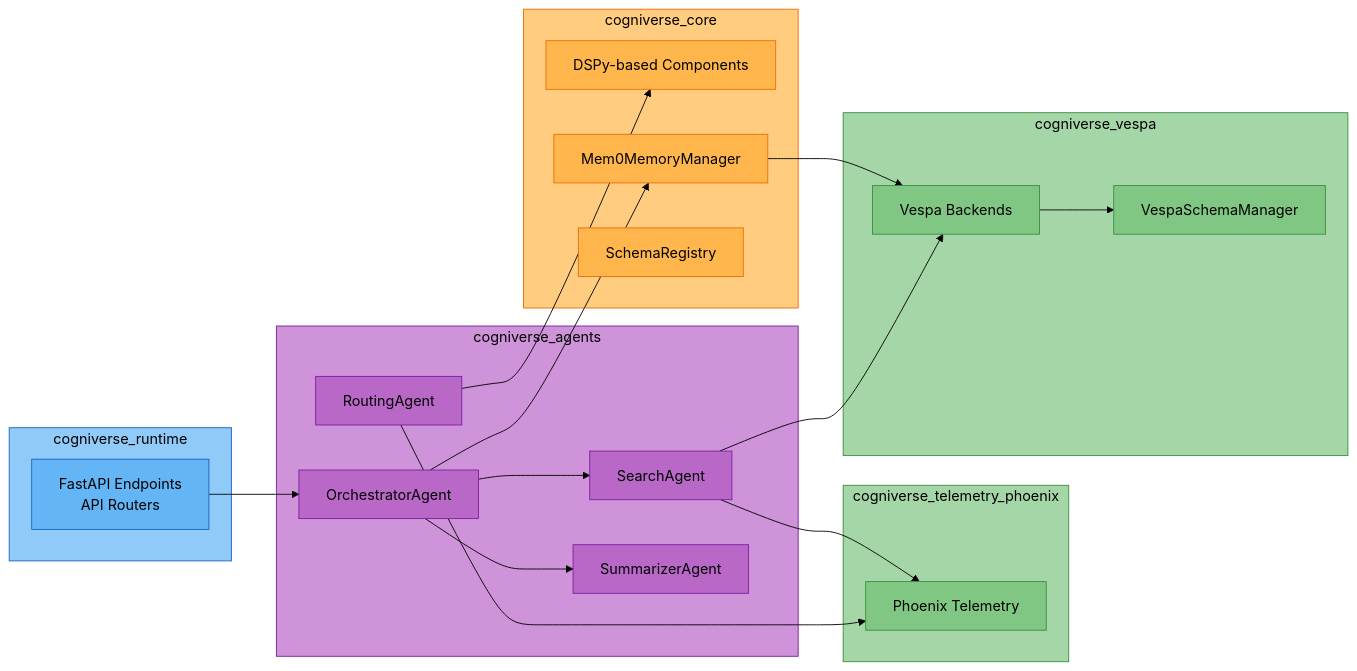
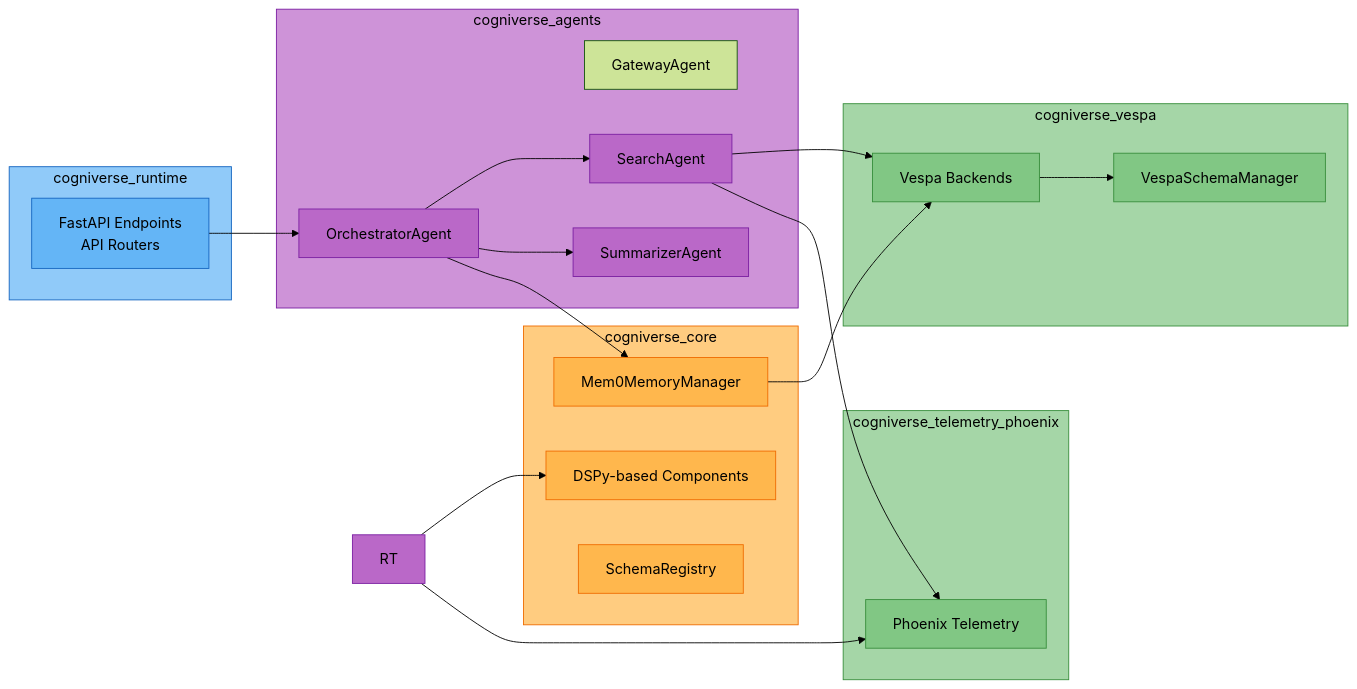
Before and after one commit to amit-jain/cogniverse: the first of 24 diagrams in docs/architecture/system-flows.md, drawn with Mermaid (forest theme). The commit also changed other lines of this file and 75 other files, not shown here.

First line of the commit message:
Remove RoutingAgent and replace with OrchestratorAgent dispatch

````diff
--- a/docs/architecture/system-flows.md
+++ b/docs/architecture/system-flows.md
@@ -20,59 +20,59 @@
 ```mermaid
 flowchart LR
     subgraph Runtime[<span style='color:#000'>cogniverse_runtime</span>]
         API[<span style='color:#000'>FastAPI Endpoints<br/>API Routers</span>]
     end
 
     subgraph AgentsPkg[<span style='color:#000'>cogniverse_agents</span>]
+        GW[<span style='color:#000'>GatewayAgent</span>]
         ORC[<span style='color:#000'>OrchestratorAgent</span>]
-        RT[<span style='color:#000'>RoutingAgent</span>]
         SA[<span style='color:#000'>SearchAgent</span>]
         SUM[<span style='color:#000'>SummarizerAgent</span>]
     end
 
     subgraph CorePkg[<span style='color:#000'>cogniverse_core</span>]
         DSPy[<span style='color:#000'>DSPy-based Components</span>]
         Memory[<span style='color:#000'>Mem0MemoryManager</span>]
         SchemaReg[<span style='color:#000'>SchemaRegistry</span>]
     end
 
     subgraph TelemetryPkg[<span style='color:#000'>cogniverse_telemetry_phoenix</span>]
         Phoenix[<span style='color:#000'>Phoenix Telemetry</span>]
     end
 
     subgraph VespaPkg[<span style='color:#000'>cogniverse_vespa</span>]
         SchemaMgr[<span style='color:#000'>VespaSchemaManager</span>]
         VespaBackend[<span style='color:#000'>Vespa Backends</span>]
     end
 
     API --> ORC
     ORC --> SA
     ORC --> SUM
     ORC --> Memory
 
     RT --> DSPy
     RT --> Phoenix
 
     SA --> VespaBackend
     SA --> Phoenix
 
     VespaBackend --> SchemaMgr
     Memory --> VespaBackend
 
     style Runtime fill:#90caf9,stroke:#1565c0,color:#000
     style API fill:#64b5f6,stroke:#1565c0,color:#000
     style AgentsPkg fill:#ce93d8,stroke:#7b1fa2,color:#000
     style ORC fill:#ba68c8,stroke:#7b1fa2,color:#000
     style RT fill:#ba68c8,stroke:#7b1fa2,color:#000
     style SA fill:#ba68c8,stroke:#7b1fa2,color:#000
     style SUM fill:#ba68c8,stroke:#7b1fa2,color:#000
     style CorePkg fill:#ffcc80,stroke:#ef6c00,color:#000
     style DSPy fill:#ffb74d,stroke:#ef6c00,color:#000
     style Memory fill:#ffb74d,stroke:#ef6c00,color:#000
     style SchemaReg fill:#ffb74d,stroke:#ef6c00,color:#000
     style TelemetryPkg fill:#a5d6a7,stroke:#388e3c,color:#000
     style Phoenix fill:#81c784,stroke:#388e3c,color:#000
     style VespaPkg fill:#a5d6a7,stroke:#388e3c,color:#000
     style SchemaMgr fill:#81c784,stroke:#388e3c,color:#000
     style VespaBackend fill:#81c784,stroke:#388e3c,color:#000
 ```
````
